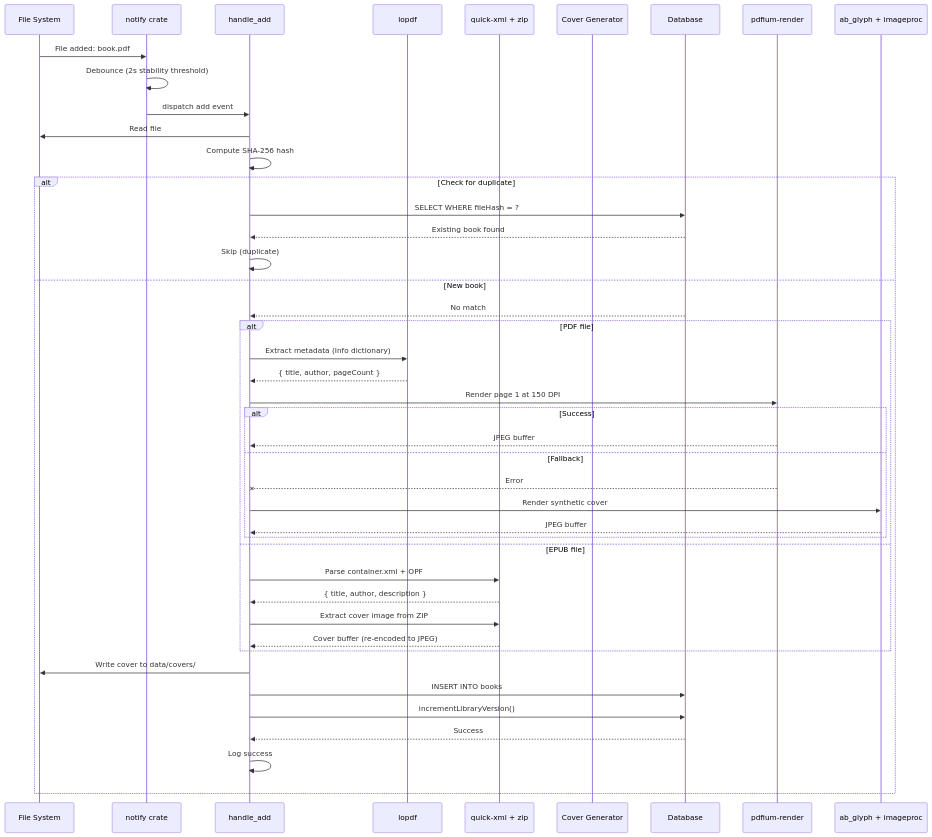
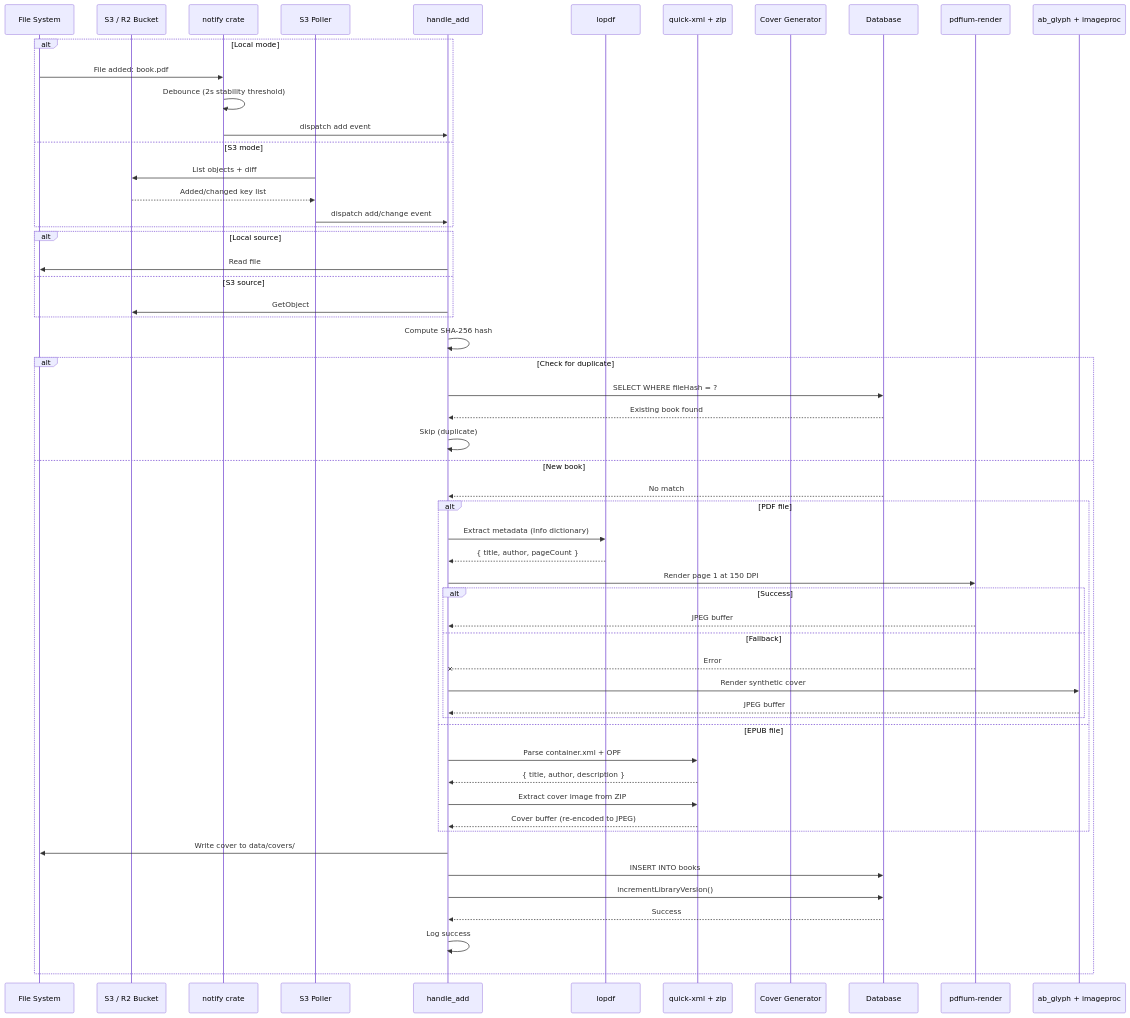
Before and after one commit to jamesacklin/alex: the second of 10 diagrams in docs/design/sequence-diagrams.md, drawn with Mermaid. The commit also changed other lines of this file and 5 other files, not shown here.

Commit message:
add google drive integration; refactor s3 bucket integration; unify file serving; adjust db schema for source metadata; implement sync logic for drive and s3; maintain reader contract; add admin ui for s3 settings

````diff
--- a/docs/design/sequence-diagrams.md
+++ b/docs/design/sequence-diagrams.md
@@ -82,52 +99,64 @@
 ```mermaid
 sequenceDiagram
     participant FS as File System
+    participant S3 as S3 / R2 Bucket
     participant Notify as notify crate
+    participant Poll as S3 Poller
     participant Handler as handle_add
     participant PDF as lopdf
     participant EPUB as quick-xml + zip
     participant CoverGen as Cover Generator
     participant DB as Database
     participant Pdfium as pdfium-render
     participant Glyph as ab_glyph + imageproc
 
-    FS->>Notify: File added: book.pdf
-    Notify->>Notify: Debounce (2s stability threshold)
-    Notify->>Handler: dispatch add event
+    alt Local mode
+        FS->>Notify: File added: book.pdf
+        Notify->>Notify: Debounce (2s stability threshold)
+        Notify->>Handler: dispatch add event
+    else S3 mode
+        Poll->>S3: List objects + diff
+        S3-->>Poll: Added/changed key list
+        Poll->>Handler: dispatch add/change event
+    end
 
-    Handler->>FS: Read file
+    alt Local source
+        Handler->>FS: Read file
+    else S3 source
+        Handler->>S3: GetObject
+    end
     Handler->>Handler: Compute SHA-256 hash
 
     alt Check for duplicate
         Handler->>DB: SELECT WHERE fileHash = ?
         DB-->>Handler: Existing book found
         Handler->>Handler: Skip (duplicate)
     else New book
         DB-->>Handler: No match
 
         alt PDF file
             Handler->>PDF: Extract metadata (Info dictionary)
             PDF-->>Handler: { title, author, pageCount }
             Handler->>Pdfium: Render page 1 at 150 DPI
             alt Success
                 Pdfium-->>Handler: JPEG buffer
             else Fallback
                 Pdfium--xHandler: Error
                 Handler->>Glyph: Render synthetic cover
                 Glyph-->>Handler: JPEG buffer
             end
         else EPUB file
             Handler->>EPUB: Parse container.xml + OPF
             EPUB-->>Handler: { title, author, description }
             Handler->>EPUB: Extract cover image from ZIP
             EPUB-->>Handler: Cover buffer (re-encoded to JPEG)
         end
 
         Handler->>FS: Write cover to data/covers/
         Handler->>DB: INSERT INTO books
         Handler->>DB: incrementLibraryVersion()
         DB-->>Handler: Success
 
         Handler->>Handler: Log success
     end
 ```
````
